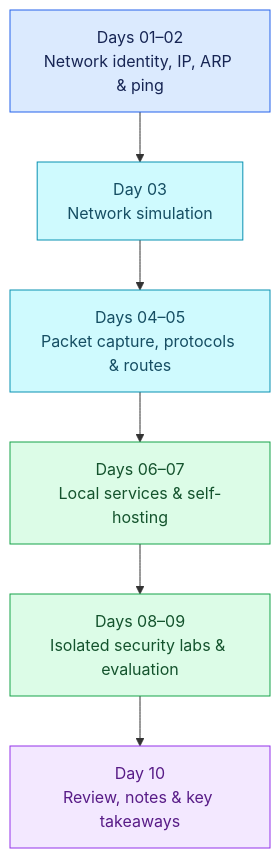
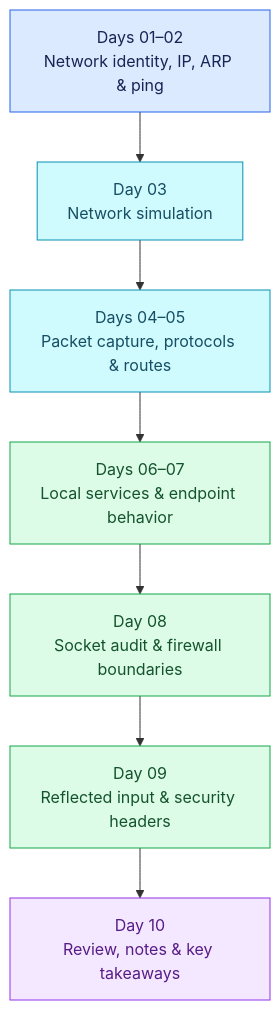
The diagram in README.md (Faheembukshprog/10-day-networking-lab), drawn with Mermaid before and after one commit. The commit also changed other lines of this file and 5 other files, not shown here.

````diff
--- a/README.md
+++ b/README.md
@@ -15,17 +15,18 @@
 ```mermaid
 graph TD
     A["Days 01–02<br/>Network identity, IP, ARP & ping"] --> B["Day 03<br/>Network simulation"]
     B --> C["Days 04–05<br/>Packet capture, protocols & routes"]
-    C --> D["Days 06–07<br/>Local services & self-hosting"]
-    D --> E["Days 08–09<br/>Isolated security labs & evaluation"]
-    E --> F["Day 10<br/>Review, notes & key takeaways"]
+    C --> D["Days 06–07<br/>Local services & endpoint behavior"]
+    D --> E["Day 08<br/>Socket audit & firewall boundaries"]
+    E --> G["Day 09<br/>Reflected input & security headers"]
+    G --> F["Day 10<br/>Review, notes & key takeaways"]
 
     classDef fundamentals fill:#dbeafe,stroke:#2563eb,color:#172554
     classDef analysis fill:#cffafe,stroke:#0891b2,color:#164e63
     classDef practice fill:#dcfce7,stroke:#16a34a,color:#14532d
     classDef review fill:#f3e8ff,stroke:#9333ea,color:#581c87
     class A fundamentals
     class B,C analysis
-    class D,E practice
+    class D,E,G practice
     class F review
 ```
````
